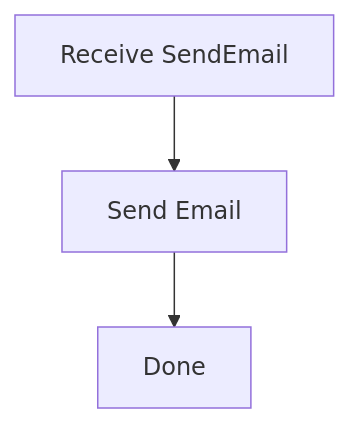
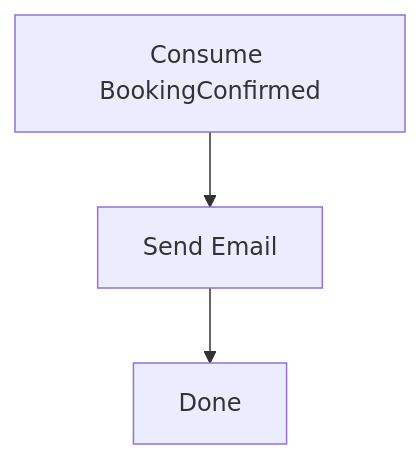
The sixth of 6 diagrams in analysis-and-design-ddd.md (bangit14/WebBanHang-Project), drawn with Mermaid before and after one commit. The commit also changed other lines of this file, not shown here.

````diff
--- a/analysis-and-design-ddd.md
+++ b/analysis-and-design-ddd.md
@@ -176,5 +211,5 @@
 ```mermaid
 flowchart TD
-    A[Receive SendEmail] --> B[Send Email]
+    A[Consume BookingConfirmed] --> B[Send Email]
     B --> C[Done]
 ```
````
